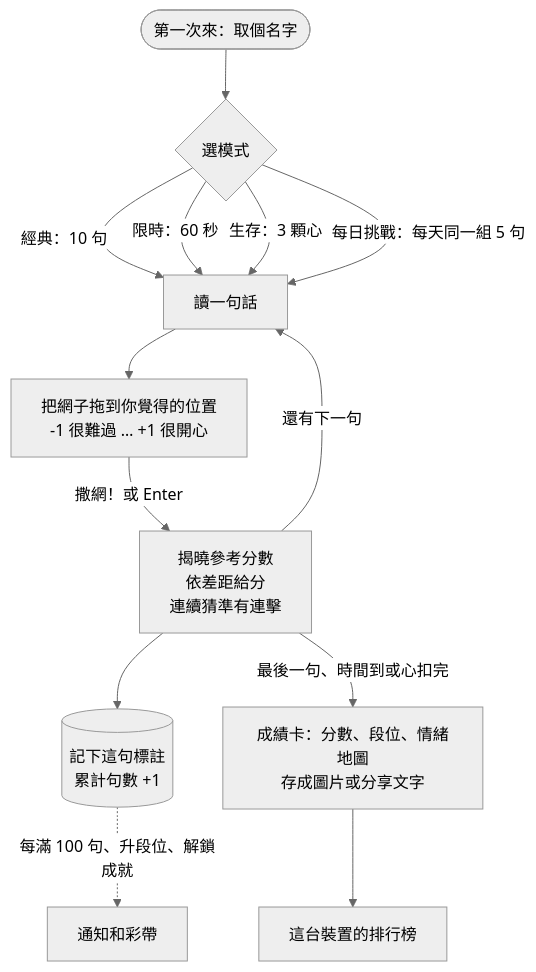
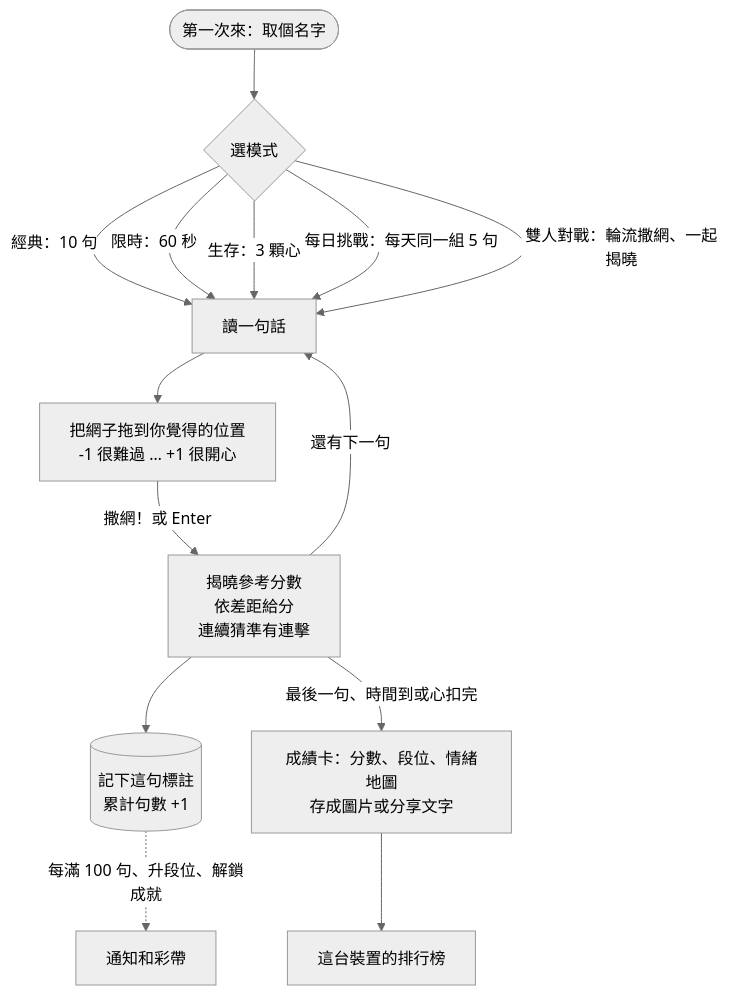
Before and after one commit to NatLee/word-net-game: the diagram in README.md, drawn with Mermaid (neutral theme). The commit also changed other lines of this file and 14 other files, not shown here.

````diff
--- a/README.md
+++ b/README.md
@@ -102,15 +103,16 @@
 ```mermaid
 flowchart TD
   start([第一次來：取個名字]) --> pick{選模式}
   pick -->|經典：10 句| read
   pick -->|限時：60 秒| read
   pick -->|生存：3 顆心| read
   pick -->|每日挑戰：每天同一組 5 句| read
+  pick -->|雙人對戰：輪流撒網、一起揭曉| read
   read[讀一句話] --> cast[把網子拖到你覺得的位置<br/>-1 很難過 … +1 很開心]
   cast -->|撒網！或 Enter| reveal[揭曉參考分數<br/>依差距給分<br/>連續猜準有連擊]
   reveal --> record[(記下這句標註<br/>累計句數 +1)]
   record -.->|每滿 100 句、升段位、解鎖成就| party[通知和彩帶]
   reveal -->|還有下一句| read
   reveal -->|最後一句、時間到或心扣完| summary[成績卡：分數、段位、情緒地圖<br/>存成圖片或分享文字]
   summary --> board[這台裝置的排行榜]
 ```
````
